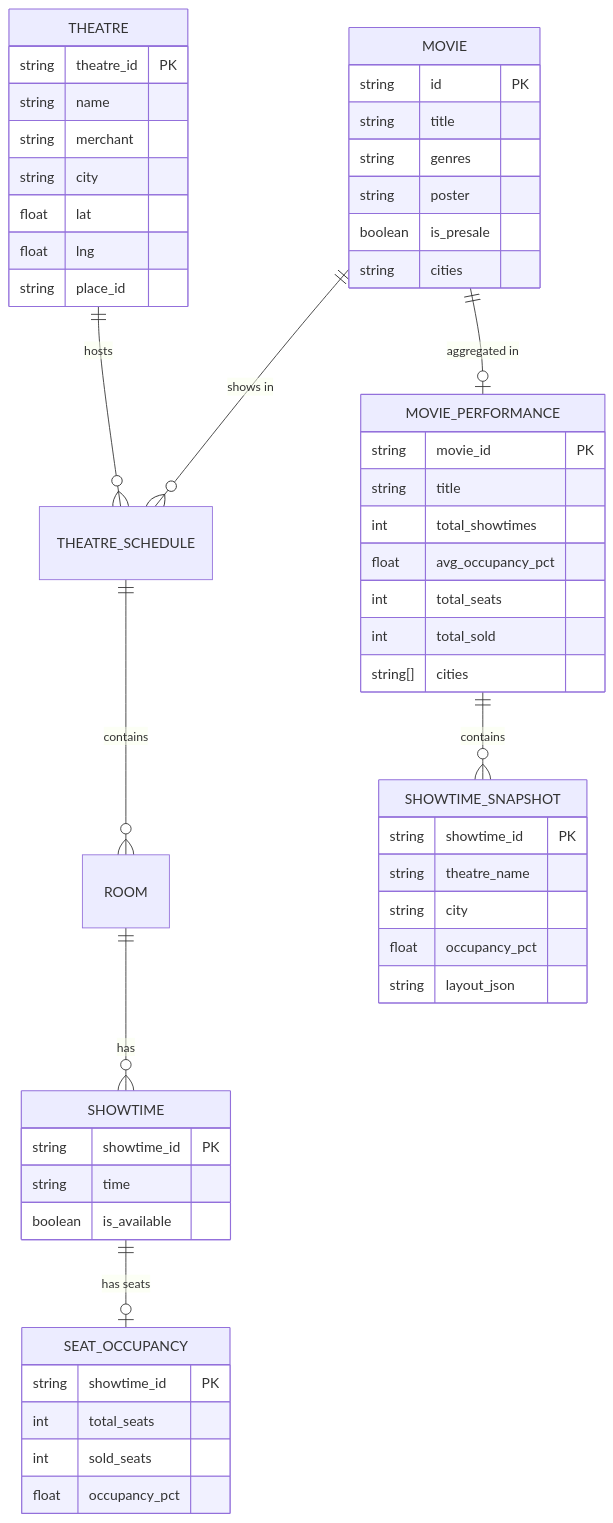
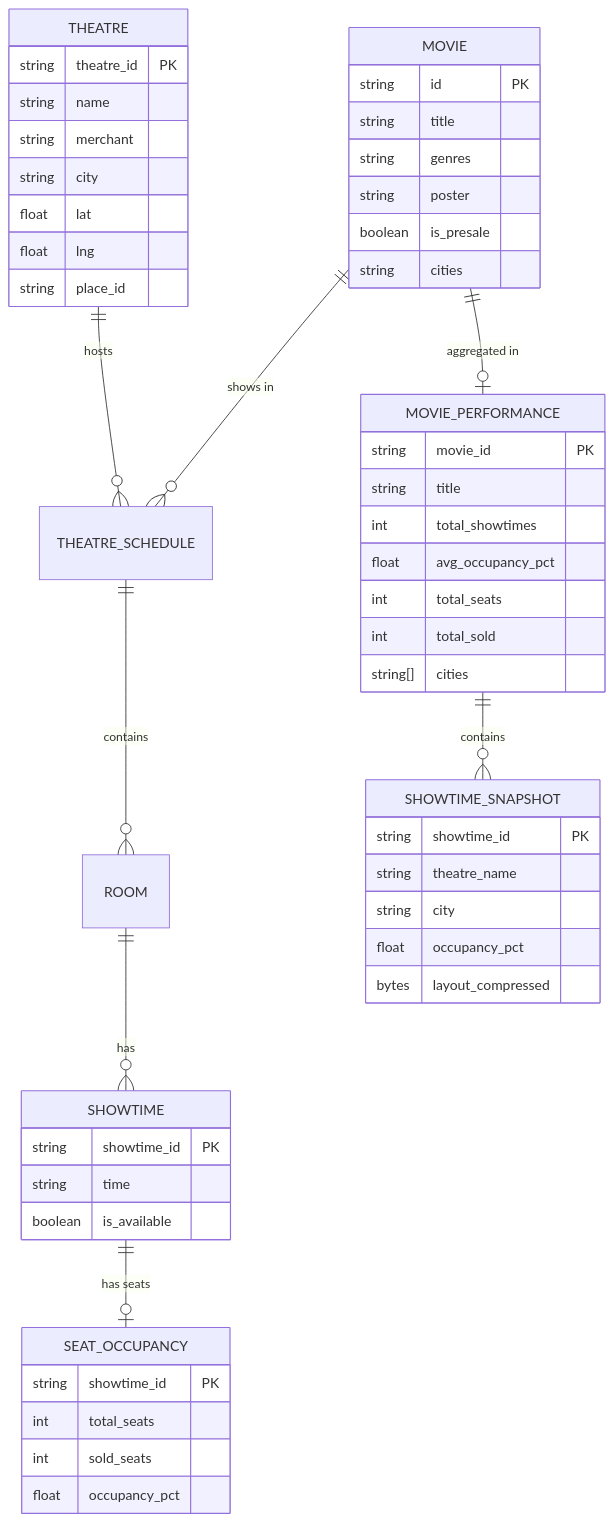
The third of 4 diagrams in docs/01_architecture_and_design.md (okihita/CineRadar), drawn with Mermaid before and after one commit. The commit also changed other lines of this file and 7 other files, not shown here.

````diff
--- a/docs/01_architecture_and_design.md
+++ b/docs/01_architecture_and_design.md
@@ -177,60 +177,60 @@
 ```mermaid
 erDiagram
     MOVIE ||--o{ THEATRE_SCHEDULE : "shows in"
     THEATRE_SCHEDULE ||--o{ ROOM : contains
     ROOM ||--o{ SHOWTIME : has
     THEATRE ||--o{ THEATRE_SCHEDULE : hosts
     SHOWTIME ||--o| SEAT_OCCUPANCY : "has seats"
     MOVIE ||--o| MOVIE_PERFORMANCE : "aggregated in"
     MOVIE_PERFORMANCE ||--o{ SHOWTIME_SNAPSHOT : "contains"
     
     MOVIE {
         string id PK
         string title
         string genres
         string poster
         boolean is_presale
         string cities
     }
     
     THEATRE {
         string theatre_id PK
         string name
         string merchant
         string city
         float lat
         float lng
         string place_id
     }
     
     SHOWTIME {
         string showtime_id PK
         string time
         boolean is_available
     }
     
     SEAT_OCCUPANCY {
         string showtime_id PK
         int total_seats
         int sold_seats
         float occupancy_pct
     }
     
     MOVIE_PERFORMANCE {
         string movie_id PK
         string title
         int total_showtimes
         float avg_occupancy_pct
         int total_seats
         int total_sold
         string[] cities
     }
     
     SHOWTIME_SNAPSHOT {
         string showtime_id PK
         string theatre_name
         string city
         float occupancy_pct
-        string layout_json
+        bytes layout_compressed
     }
 ```
````
